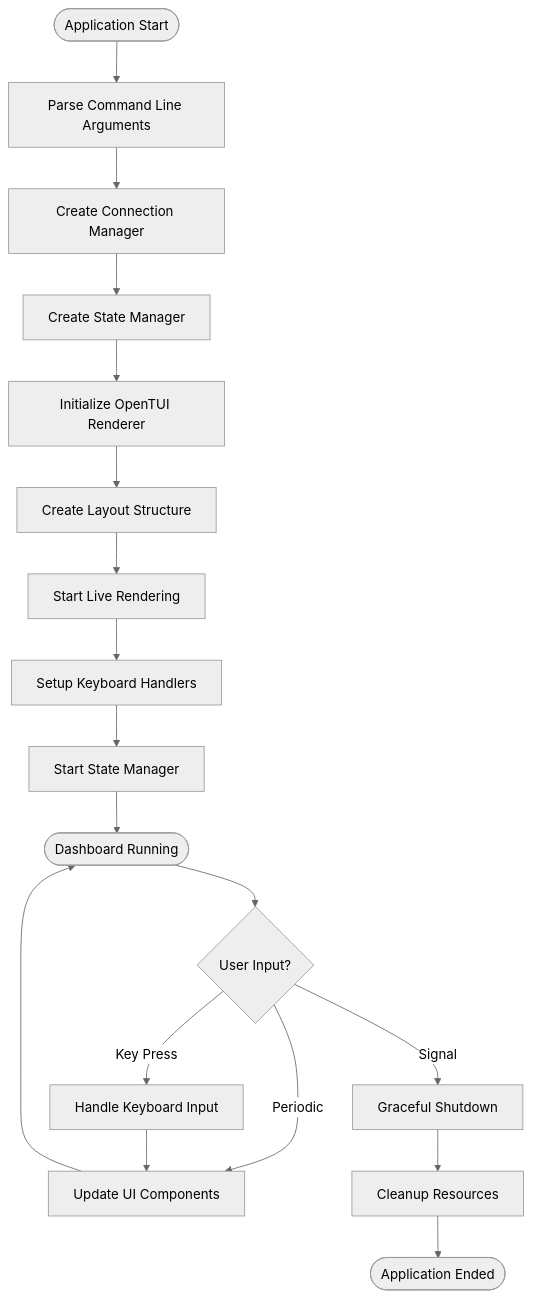
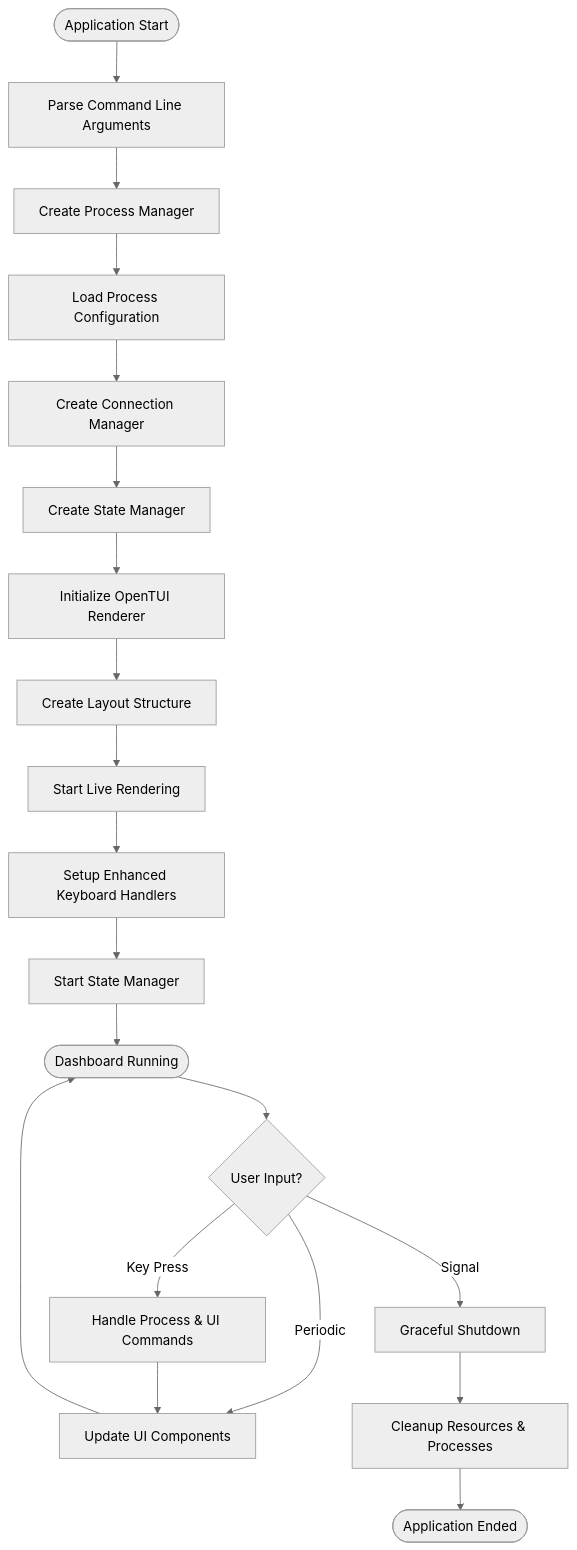
The third of 10 diagrams in .qoder/repowiki/en/content/Advanced Features/Terminal User Interface Dashboard.md (zt281/TycheEngine), drawn with Mermaid (neutral theme) before and after one commit. The commit also changed other lines of this file and 33 other files, not shown here.

````diff
--- a/.qoder/repowiki/en/content/Advanced Features/Terminal User Interface Dashboard.md
+++ b/.qoder/repowiki/en/content/Advanced Features/Terminal User Interface Dashboard.md
@@ -179,20 +237,22 @@
 ```mermaid
 flowchart TD
 Start([Application Start]) --> ParseArgs["Parse Command Line Arguments"]
-ParseArgs --> CreateConnections["Create Connection Manager"]
+ParseArgs --> CreateProcessManager["Create Process Manager"]
+CreateProcessManager --> LoadConfig["Load Process Configuration"]
+LoadConfig --> CreateConnections["Create Connection Manager"]
 CreateConnections --> CreateStateManager["Create State Manager"]
 CreateStateManager --> InitRenderer["Initialize OpenTUI Renderer"]
 InitRenderer --> CreateLayout["Create Layout Structure"]
 CreateLayout --> StartRendering["Start Live Rendering"]
-StartRendering --> SetupKeyboard["Setup Keyboard Handlers"]
+StartRendering --> SetupKeyboard["Setup Enhanced Keyboard Handlers"]
 SetupKeyboard --> StartState["Start State Manager"]
 StartState --> Running([Dashboard Running])
 Running --> UserInput{"User Input?"}
-UserInput --> |Key Press| HandleKey["Handle Keyboard Input"]
+UserInput --> |Key Press| HandleKey["Handle Process & UI Commands"]
 UserInput --> |Periodic| UpdateUI["Update UI Components"]
 UserInput --> |Signal| Shutdown["Graceful Shutdown"]
 HandleKey --> UpdateUI
 UpdateUI --> Running
-Shutdown --> Cleanup["Cleanup Resources"]
+Shutdown --> Cleanup["Cleanup Resources & Processes"]
 Cleanup --> End([Application Ended])
 ```
````
